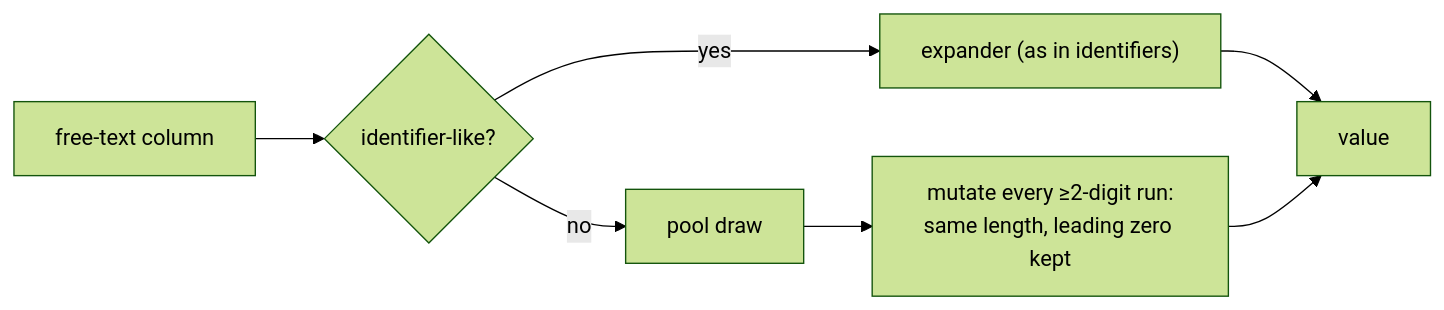
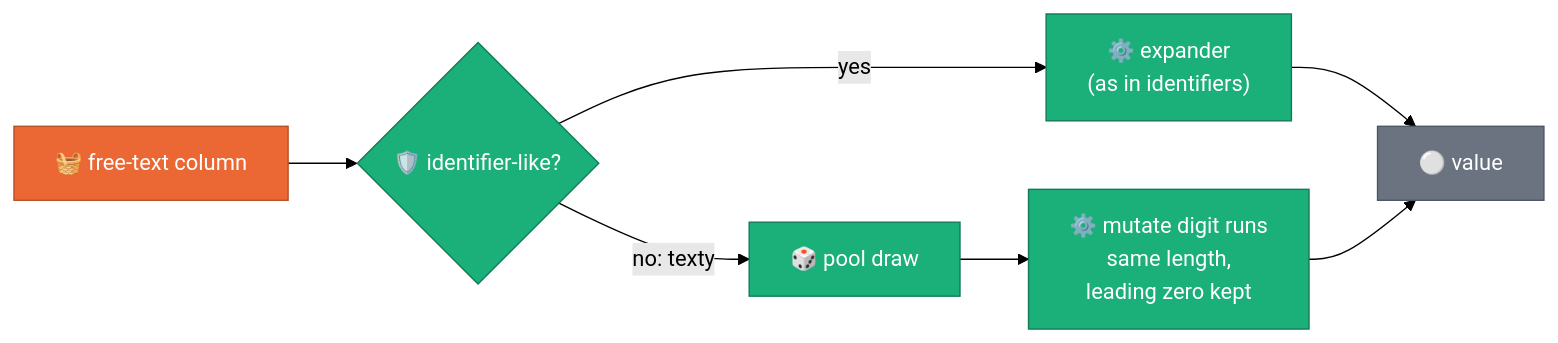
The fourth of 5 diagrams in docs/designs/2026-08-05-freetext-expansion-modes.md (albertols/synthetic-llm-dataflow-bigquery), drawn with Mermaid (forest theme) before and after one commit. The commit also changed other lines of this file and 1 other file, not shown here.

First line of the commit message:
docs(designs): iconified, class-styled expansion diagrams + CPU/GPU split per mode

````diff
--- a/docs/designs/2026-08-05-freetext-expansion-modes.md
+++ b/docs/designs/2026-08-05-freetext-expansion-modes.md
@@ -69,8 +90,13 @@
 ```mermaid
 flowchart LR
-  Q[free-text column] --> G{identifier-like?}
-  G -- yes --> E["expander (as in identifiers)"]
-  G -- no --> P["pool draw"] --> M["mutate every ≥2-digit run:<br/>same length, leading zero kept"]
-  E --> V[value]
+  Q["🧺 free-text column"]:::beam --> G{"🛡️ identifier-like?"}:::cpu
+  G -->|yes| E["⚙️ expander<br/>(as in identifiers)"]:::cpu
+  G -->|"no: texty"| P["🎲 pool draw"]:::cpu
+  P --> M["⚙️ mutate digit runs<br/>same length,<br/>leading zero kept"]:::cpu
+  E --> V["⚪ value"]:::data
   M --> V
+
+  classDef beam fill:#eb6834,color:#fff,stroke:#b44f26
+  classDef cpu fill:#1baf7a,color:#fff,stroke:#127a55
+  classDef data fill:#6b7280,color:#fff,stroke:#4b5563
 ```
````
